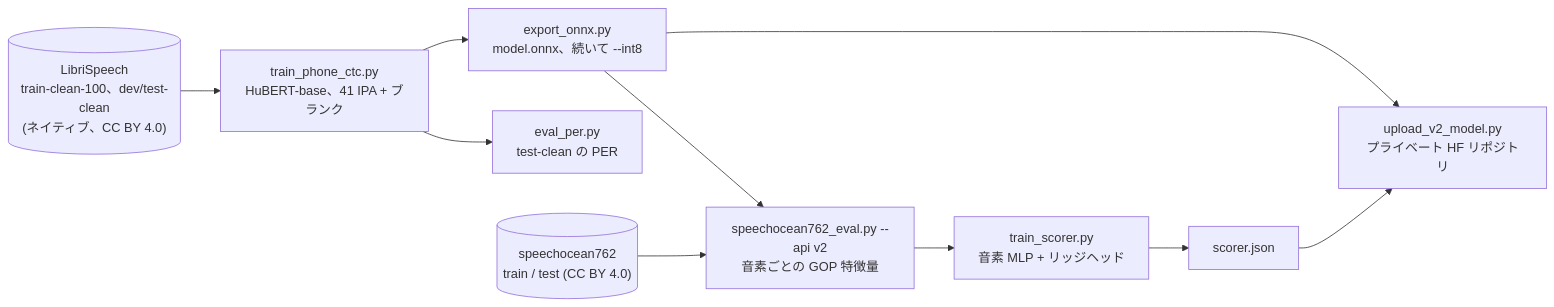
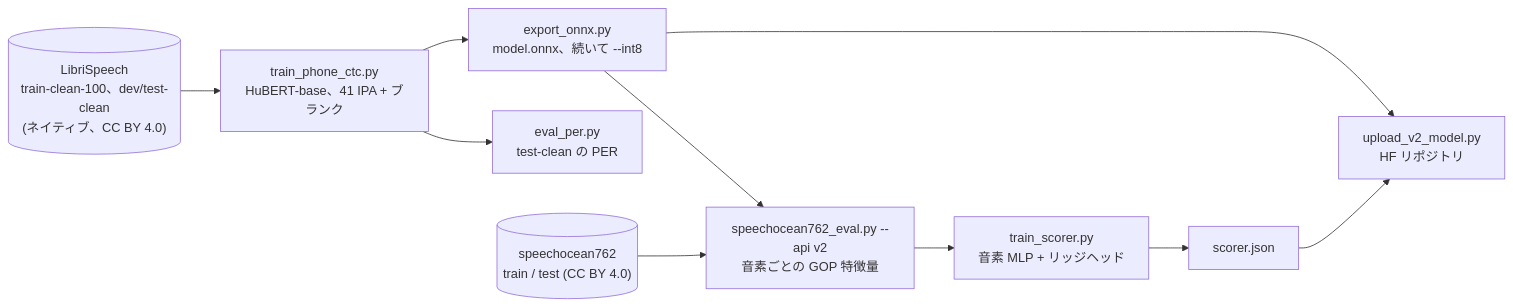
Before and after one commit to dris1153/pronunciation-service: the diagram in languages/ja/docs/training.md, drawn with Mermaid. The commit also changed other lines of this file and 40 other files, not shown here.

````diff
--- a/languages/ja/docs/training.md
+++ b/languages/ja/docs/training.md
@@ -9,12 +9,12 @@
 ```mermaid
 flowchart LR
     ls[("LibriSpeech<br/>train-clean-100、dev/test-clean<br/>(ネイティブ、CC BY 4.0)")] --> ph["train_phone_ctc.py<br/>HuBERT-base、41 IPA + ブランク"]
     ph --> per["eval_per.py<br/>test-clean の PER"]
     ph --> ex["export_onnx.py<br/>model.onnx、続いて --int8"]
     so[("speechocean762<br/>train / test (CC BY 4.0)")] --> feat["speechocean762_eval.py --api v2<br/>音素ごとの GOP 特徴量"]
     ex --> feat
     feat --> sc["train_scorer.py<br/>音素 MLP + リッジヘッド"]
     sc --> js["scorer.json"]
-    ex --> up["upload_v2_model.py<br/>プライベート HF リポジトリ"]
+    ex --> up["upload_v2_model.py<br/>HF リポジトリ"]
     js --> up
 ```
````
